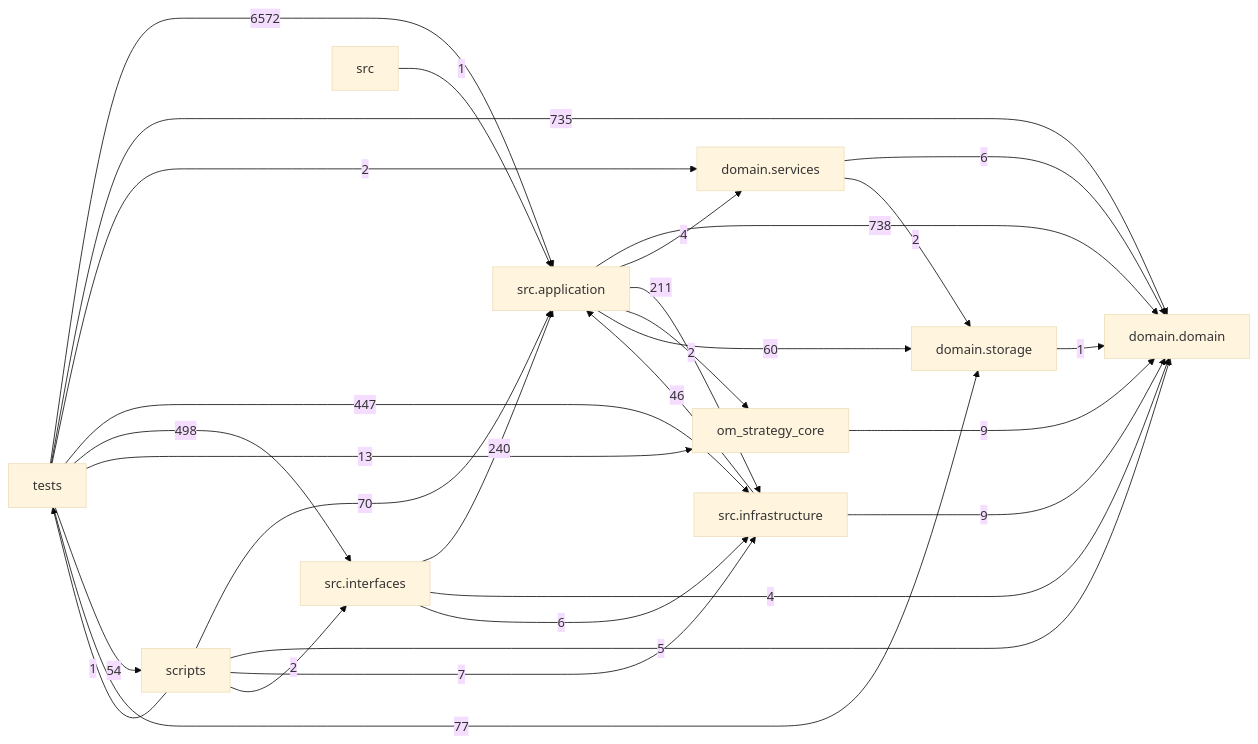
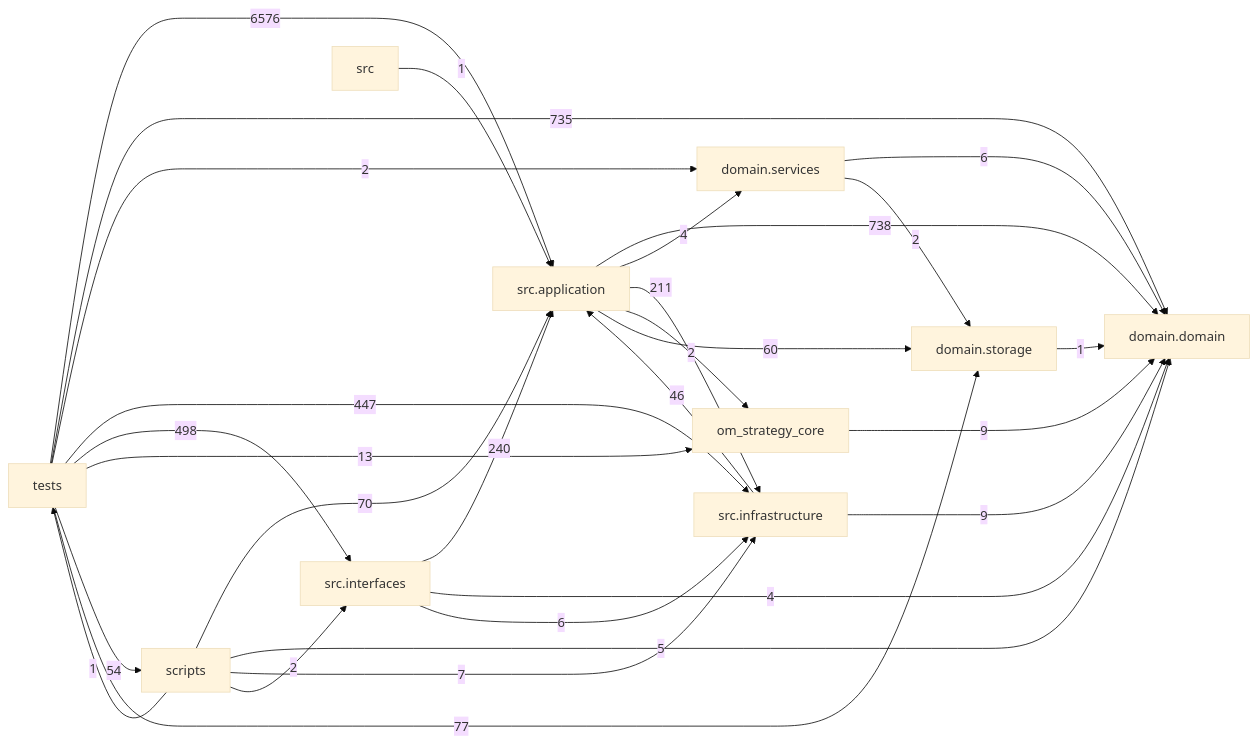
The diagram in docs/DEPENDENCY_GRAPH.md (liuxie066/options-monitor), drawn with Mermaid (base theme) before and after one commit. The commit also changed other lines of this file and 3 other files, not shown here.

````diff
--- a/docs/DEPENDENCY_GRAPH.md
+++ b/docs/DEPENDENCY_GRAPH.md
@@ -24,39 +24,39 @@
 ```mermaid
 flowchart LR
   tests["tests"]
   scripts["scripts"]
   interfaces["src.interfaces"]
   application["src.application"]
   infrastructure["src.infrastructure"]
   domain_services["domain.services"]
   domain["domain.domain"]
   storage["domain.storage"]
   application -->|738| domain
   application -->|4| domain_services
   application -->|211| infrastructure
   application -->|2| om_strategy_core
   application -->|60| storage
   domain_services -->|6| domain
   domain_services -->|2| storage
   infrastructure -->|46| application
   infrastructure -->|9| domain
   interfaces -->|240| application
   interfaces -->|4| domain
   interfaces -->|6| infrastructure
   om_strategy_core -->|9| domain
   scripts -->|70| application
   scripts -->|5| domain
   scripts -->|7| infrastructure
   scripts -->|2| interfaces
   scripts -->|1| tests
   src -->|1| application
   storage -->|1| domain
-  tests -->|6572| application
+  tests -->|6576| application
   tests -->|735| domain
   tests -->|2| domain_services
   tests -->|447| infrastructure
   tests -->|498| interfaces
   tests -->|13| om_strategy_core
   tests -->|54| scripts
   tests -->|77| storage
 ```
````
